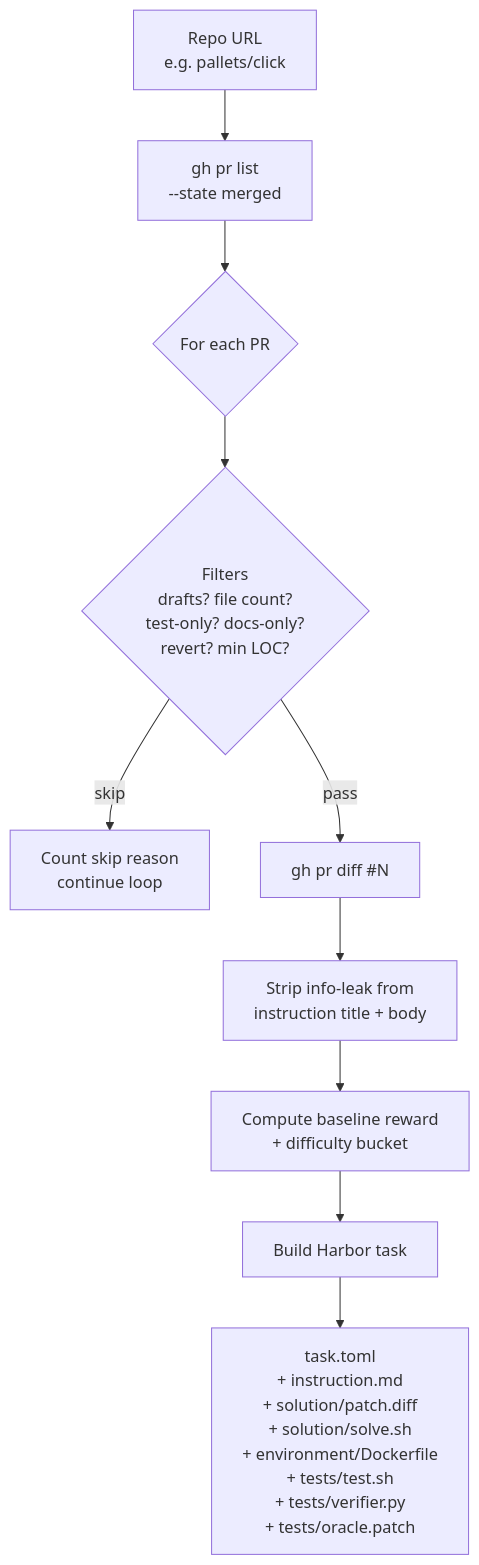
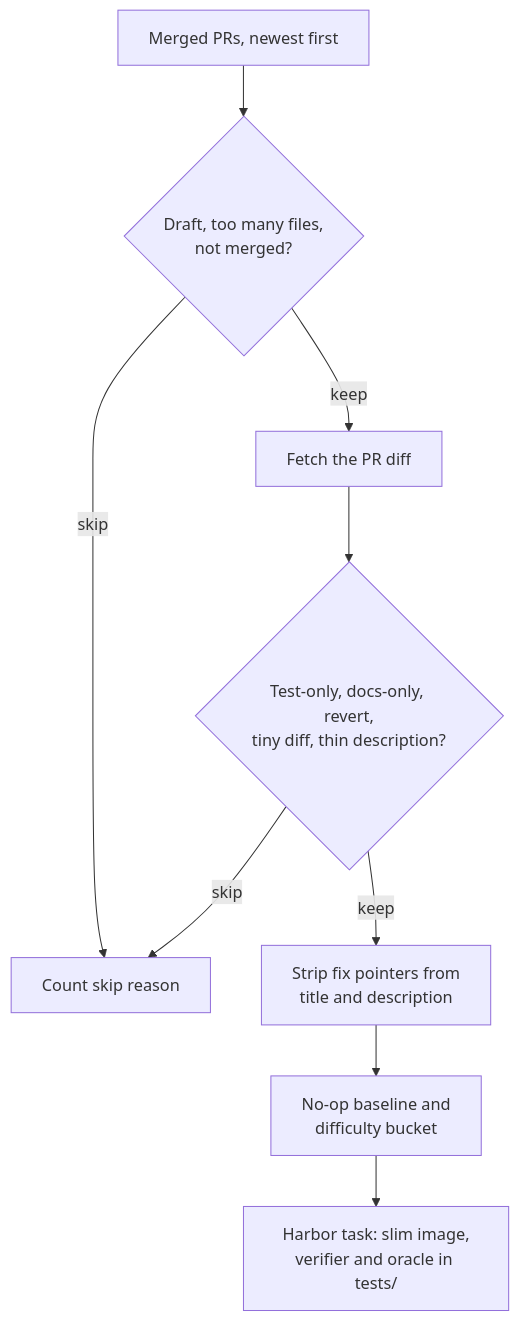
Before and after one commit to huggingface/Repo2RLEnv: the diagram in docs/pipelines/pr_diff.md, drawn with Mermaid. The commit also changed other lines of this file and 176 other files, not shown here.

````diff
--- a/docs/pipelines/pr_diff.md
+++ b/docs/pipelines/pr_diff.md
@@ -21,12 +61,11 @@
 ```mermaid
 flowchart TD
-    A[Repo URL<br/>e.g. pallets/click] --> B[gh pr list<br/>--state merged]
-    B --> C{For each PR}
-    C --> D{Filters<br/>drafts? file count?<br/>test-only? docs-only?<br/>revert? min LOC?}
-    D -- skip --> Z[Count skip reason<br/>continue loop]
-    D -- pass --> E[gh pr diff #N]
-    E --> F[Strip info-leak from<br/>instruction title + body]
-    F --> G[Compute baseline reward<br/>+ difficulty bucket]
-    G --> H[Build Harbor task]
-    H --> I[task.toml<br/>+ instruction.md<br/>+ solution/patch.diff<br/>+ solution/solve.sh<br/>+ environment/Dockerfile<br/>+ tests/test.sh<br/>+ tests/verifier.py<br/>+ tests/oracle.patch]
+  A["Merged PRs, newest first"] --> B{"Draft, too many files,<br/>not merged?"}
+  B -- skip --> Z["Count skip reason"]
+  B -- keep --> C["Fetch the PR diff"]
+  C --> D{"Test-only, docs-only, revert,<br/>tiny diff, thin description?"}
+  D -- skip --> Z
+  D -- keep --> E["Strip fix pointers from<br/>title and description"]
+  E --> F["No-op baseline and<br/>difficulty bucket"]
+  F --> G["Harbor task: slim image,<br/>verifier and oracle in tests/"]
 ```
````
